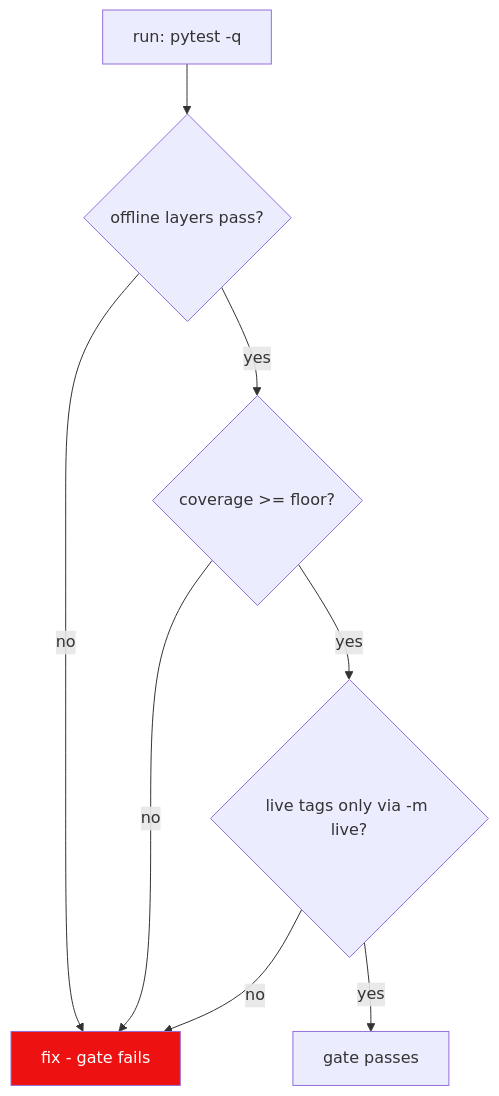
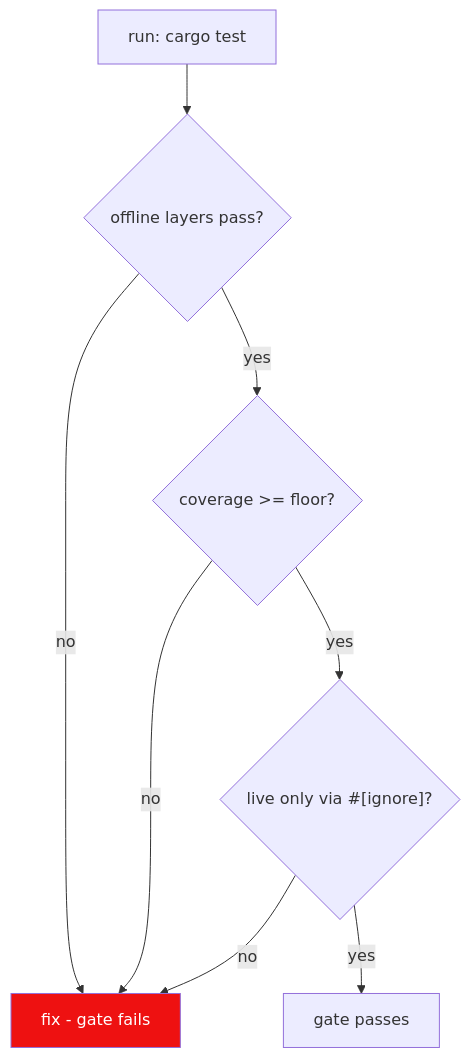
Before and after one commit to HELIX-Origin/LewdZone-Launcher: the diagram in .agents/rules/rule-11-testing.md, drawn with Mermaid. The commit also changed other lines of this file and 217 other files, not shown here.

````diff
--- a/.agents/rules/rule-11-testing.md
+++ b/.agents/rules/rule-11-testing.md
@@ -42,12 +43,12 @@
 ```mermaid
 flowchart TD
-    A["run: pytest -q"]
+    A["run: cargo test"]
     A --> B{"offline layers pass?"}
     B -->|"no"| Z["fix - gate fails"]
     B -->|"yes"| C{"coverage >= floor?"}
     C -->|"no"| Z
-    C -->|"yes"| D{"live tags only via -m live?"}
+    C -->|"yes"| D{"live only via #[ignore]?"}
     D -->|"no"| Z
     D -->|"yes"| E["gate passes"]
     style Z fill:#e11,color:#fff
 ```
````
